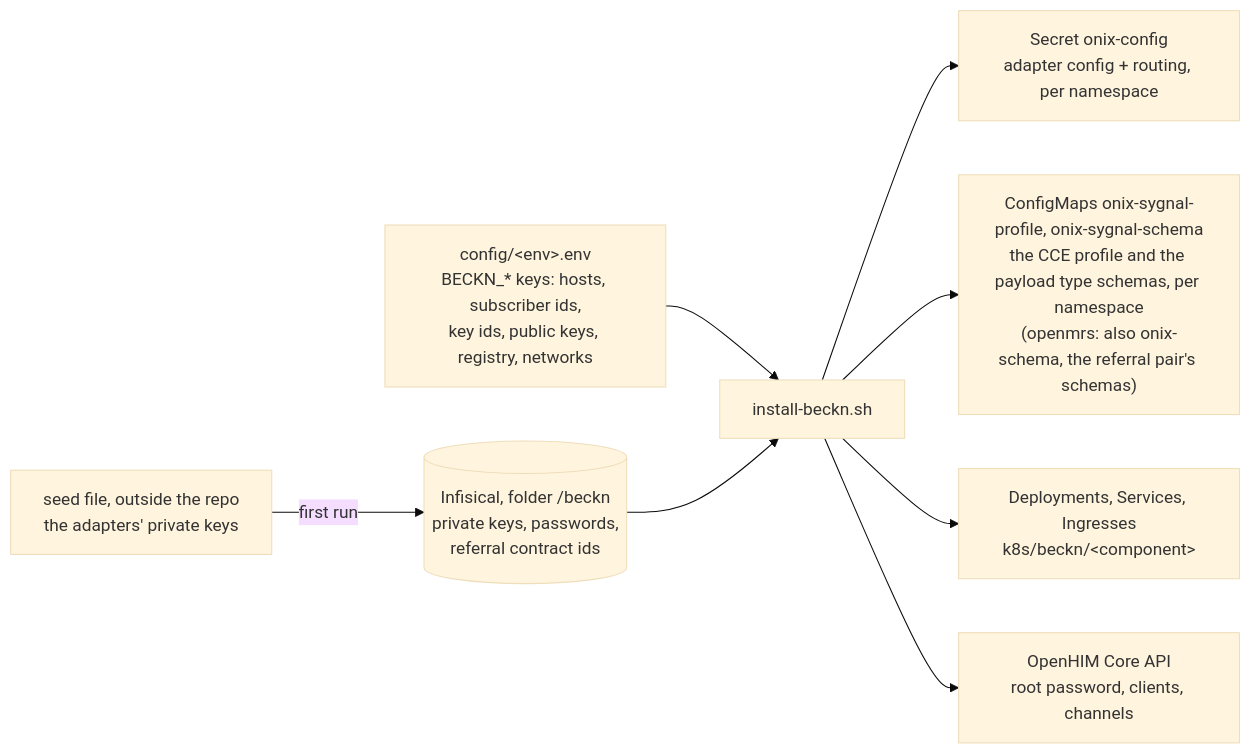
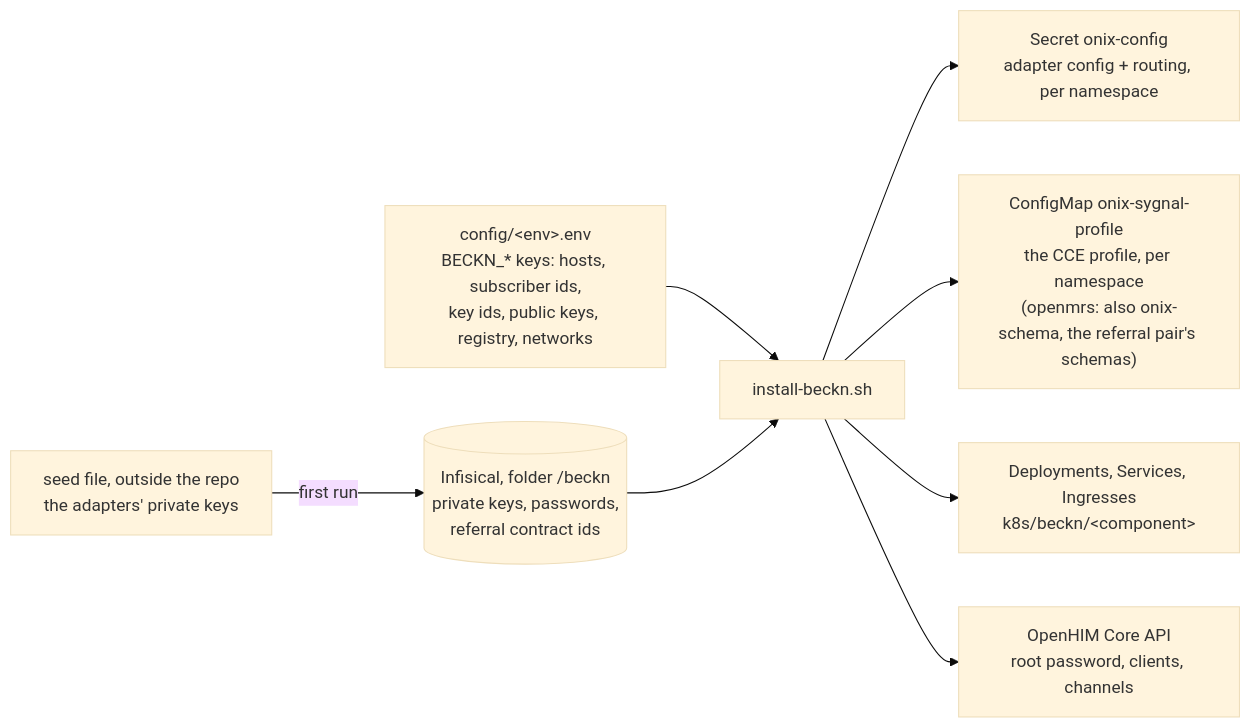
Before and after one commit to openphc/deploy-scripts: the sixth of 7 diagrams in one-click-installer/docs/beckn-demo-setup.md, drawn with Mermaid (base theme). The commit also changed other lines of this file and 9 other files, not shown here.

````diff
--- a/one-click-installer/docs/beckn-demo-setup.md
+++ b/one-click-installer/docs/beckn-demo-setup.md
@@ -311,19 +315,19 @@
 ```mermaid
 flowchart LR
     CFG["config/&lt;env&gt;.env<br/>BECKN_* keys: hosts, subscriber ids,<br/>key ids, public keys, registry, networks"]
     SEED["seed file, outside the repo<br/>the adapters' private keys"]
     INF[("Infisical, folder /beckn<br/>private keys, passwords,<br/>referral contract ids")]
     INST["install-beckn.sh"]
     K1["Secret onix-config<br/>adapter config + routing, per namespace"]
-    K2["ConfigMaps onix-sygnal-profile, onix-sygnal-schema<br/>the CCE profile and the payload type schemas, per namespace<br/>(openmrs: also onix-schema, the referral pair's schemas)"]
+    K2["ConfigMap onix-sygnal-profile<br/>the CCE profile, per namespace<br/>(openmrs: also onix-schema, the referral pair's schemas)"]
     K3["Deployments, Services, Ingresses<br/>k8s/beckn/&lt;component&gt;"]
     OH["OpenHIM Core API<br/>root password, clients, channels"]
 
     SEED -- "first run" --> INF
     CFG --> INST
     INF --> INST
     INST --> K1
     INST --> K2
     INST --> K3
     INST --> OH
 ```
````
